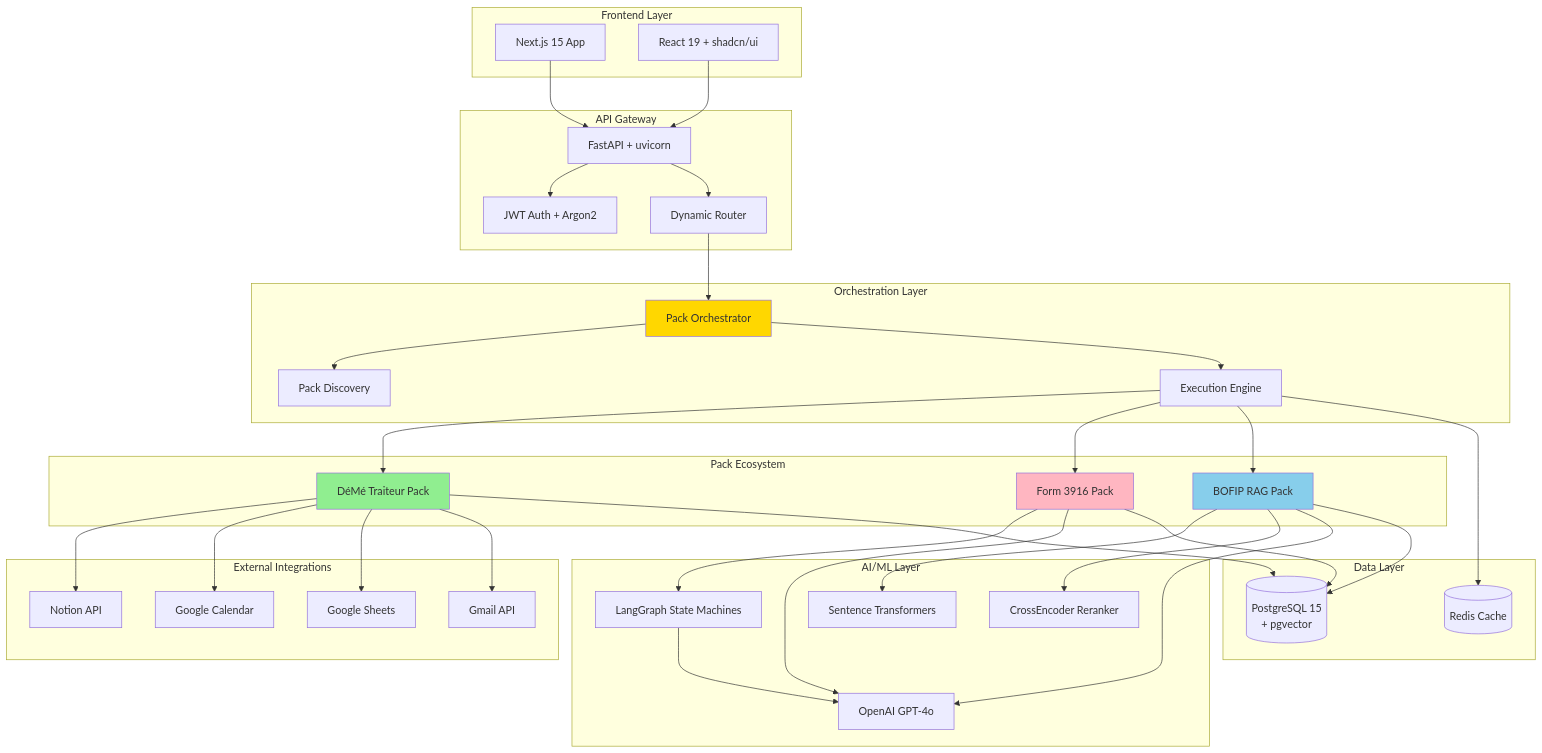
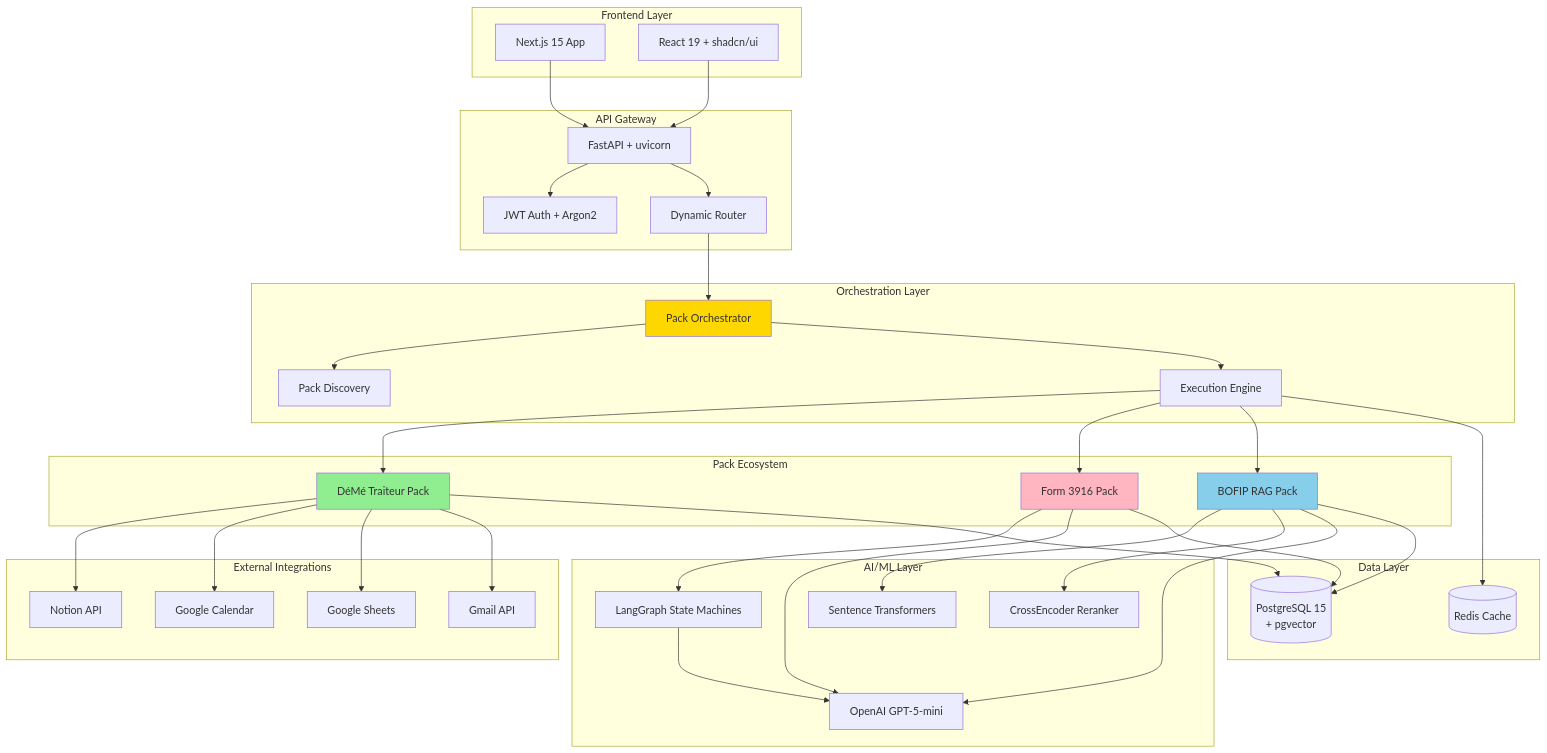
The first of 5 diagrams in README.md (Aguern/Talaria), drawn with Mermaid before and after one commit.

Commit message:
Update LLM version from GPT-4o to GPT-5-mini

````diff
--- a/README.md
+++ b/README.md
@@ -52,80 +52,80 @@
 ```mermaid
 graph TB
     subgraph "Frontend Layer"
         WEB[Next.js 15 App]
         UI[React 19 + shadcn/ui]
     end
 
     subgraph "API Gateway"
         FASTAPI[FastAPI + uvicorn]
         AUTH[JWT Auth + Argon2]
         ROUTER[Dynamic Router]
     end
 
     subgraph "Orchestration Layer"
         ORCH[Pack Orchestrator]
         DISCO[Pack Discovery]
         EXEC[Execution Engine]
     end
 
     subgraph "Pack Ecosystem"
         P1[DéMé Traiteur Pack]
         P2[Form 3916 Pack]
         P3[BOFIP RAG Pack]
     end
 
     subgraph "AI/ML Layer"
-        LLM[OpenAI GPT-4o]
+        LLM[OpenAI GPT-5-mini]
         GRAPH[LangGraph State Machines]
         EMB[Sentence Transformers]
         RERANK[CrossEncoder Reranker]
     end
 
     subgraph "Data Layer"
         PG[(PostgreSQL 15<br/>+ pgvector)]
         REDIS[(Redis Cache)]
     end
 
     subgraph "External Integrations"
         NOTION[Notion API]
         GCAL[Google Calendar]
         GSHEETS[Google Sheets]
         GMAIL[Gmail API]
     end
 
     WEB --> FASTAPI
     UI --> FASTAPI
     FASTAPI --> AUTH
     FASTAPI --> ROUTER
     ROUTER --> ORCH
     ORCH --> DISCO
     ORCH --> EXEC
 
     EXEC --> P1
     EXEC --> P2
     EXEC --> P3
 
     P1 --> NOTION
     P1 --> GCAL
     P1 --> GSHEETS
     P1 --> GMAIL
 
     P2 --> GRAPH
     P3 --> EMB
     P3 --> RERANK
 
     GRAPH --> LLM
     P2 --> LLM
     P3 --> LLM
 
     P1 --> PG
     P2 --> PG
     P3 --> PG
 
     EXEC --> REDIS
 
     style P1 fill:#90EE90
     style P2 fill:#FFB6C1
     style P3 fill:#87CEEB
     style ORCH fill:#FFD700
 ```
````
